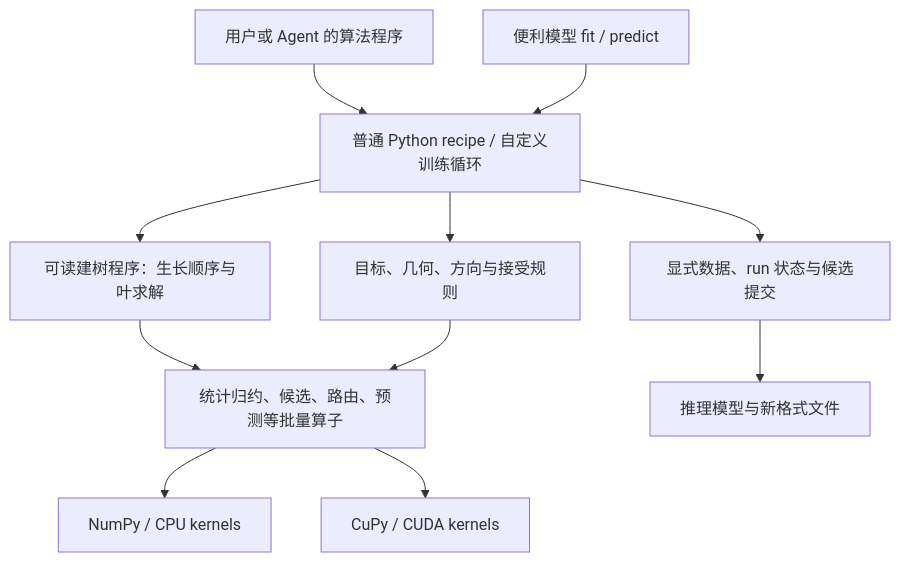
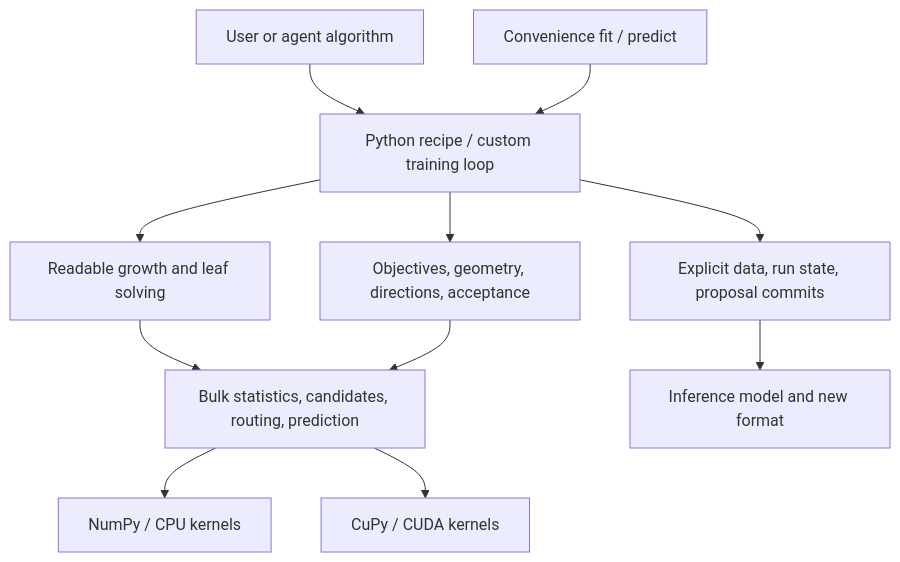
Before and after one commit to jxucoder/openboost: the diagram in planning/foundation-construction-design.md, drawn with Mermaid. The commit also changed other lines of this file and 27 other files, not shown here.

````diff
--- a/planning/foundation-construction-design.md
+++ b/planning/foundation-construction-design.md
@@ -20,13 +20,13 @@
 ```mermaid
 flowchart TD
-    User[用户或 Agent 的算法程序] --> Recipe[普通 Python recipe / 自定义训练循环]
-    Model[便利模型 fit / predict] --> Recipe
-    Recipe --> Obj[目标、几何、方向与接受规则]
-    Recipe --> Tree[可读建树程序：生长顺序与叶求解]
-    Tree --> Ops[统计归约、候选、路由、预测等批量算子]
+    User[User or agent algorithm] --> Recipe[Python recipe / custom training loop]
+    Model[Convenience fit / predict] --> Recipe
+    Recipe --> Obj[Objectives, geometry, directions, acceptance]
+    Recipe --> Tree[Readable growth and leaf solving]
+    Tree --> Ops[Bulk statistics, candidates, routing, prediction]
     Obj --> Ops
     Ops --> CPU[NumPy / CPU kernels]
     Ops --> GPU[CuPy / CUDA kernels]
-    Recipe --> State[显式数据、run 状态与候选提交]
-    State --> Artifact[推理模型与新格式文件]
+    Recipe --> State[Explicit data, run state, proposal commits]
+    State --> Artifact[Inference model and new format]
 ```
````
